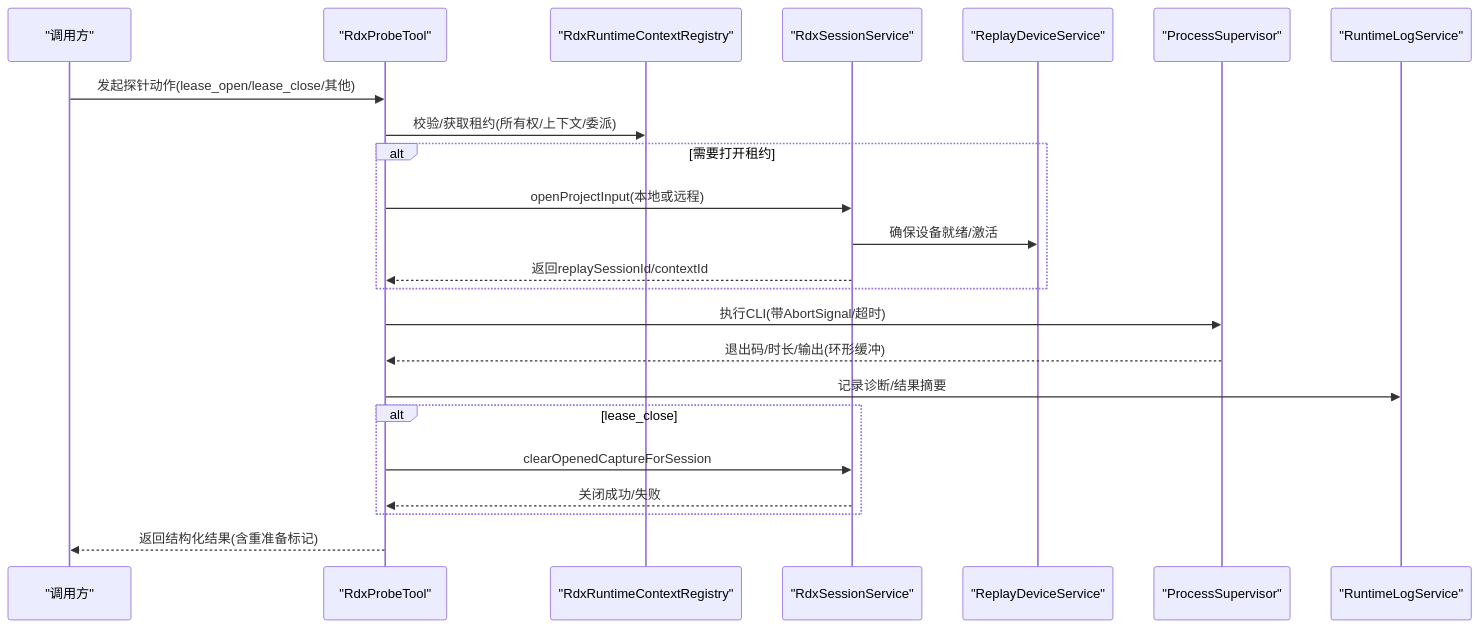
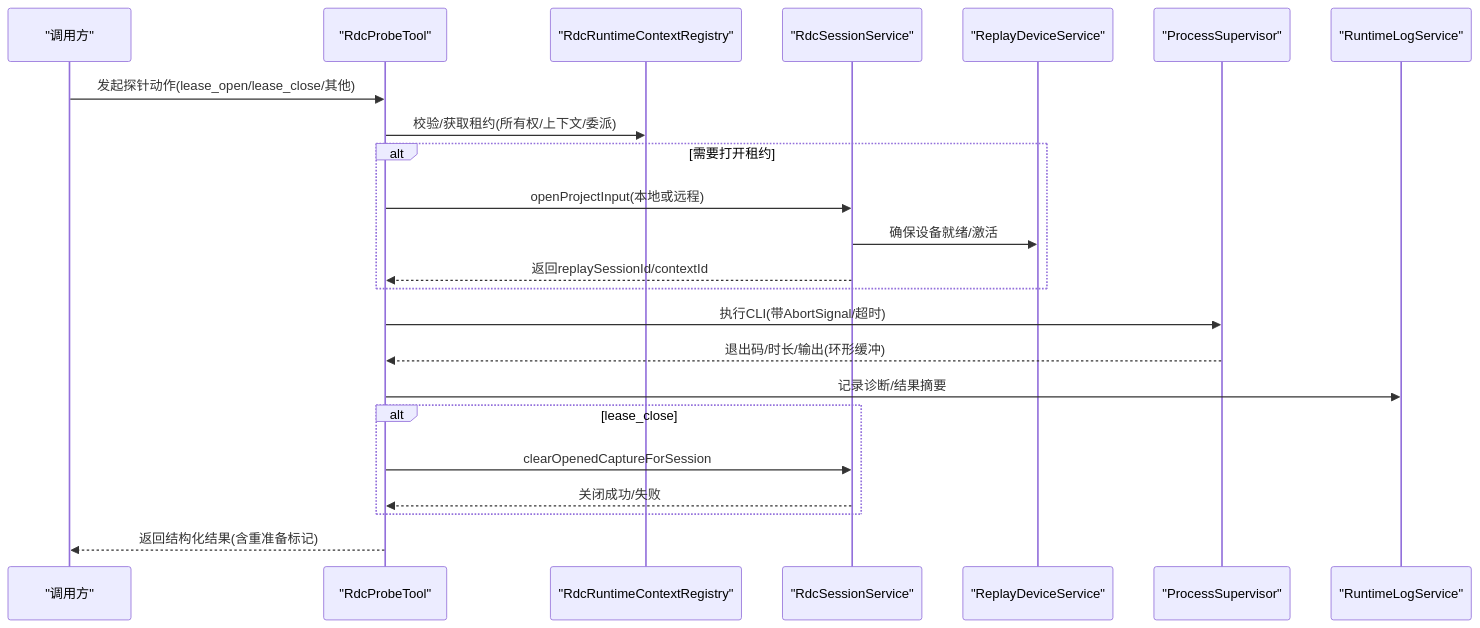
The second of 8 diagrams in .qoder/repowiki/zh/content/架构设计/核心组件设计/CLI调用器设计/探针生命周期管理.md (haolange/RDC-Agent), drawn with Mermaid before and after one commit. The commit also changed other lines of this file and 557 other files, not shown here.

First line of the commit message:
Unify RDC-Agent identity and canonical RDC-Tool integration

````diff
--- a/.qoder/repowiki/zh/content/架构设计/核心组件设计/CLI调用器设计/探针生命周期管理.md
+++ b/.qoder/repowiki/zh/content/架构设计/核心组件设计/CLI调用器设计/探针生命周期管理.md
@@ -103,25 +103,25 @@
 ```mermaid
 sequenceDiagram
 participant Caller as "调用方"
-participant Tool as "RdxProbeTool"
-participant Lease as "RdxRuntimeContextRegistry"
-participant Svc as "RdxSessionService"
+participant Tool as "RdcProbeTool"
+participant Lease as "RdcRuntimeContextRegistry"
+participant Svc as "RdcSessionService"
 participant Dev as "ReplayDeviceService"
 participant Proc as "ProcessSupervisor"
 participant Log as "RuntimeLogService"
 Caller->>Tool : 发起探针动作(lease_open/lease_close/其他)
 Tool->>Lease : 校验/获取租约(所有权/上下文/委派)
 alt 需要打开租约
 Tool->>Svc : openProjectInput(本地或远程)
 Svc->>Dev : 确保设备就绪/激活
 Svc-->>Tool : 返回replaySessionId/contextId
 end
 Tool->>Proc : 执行CLI(带AbortSignal/超时)
 Proc-->>Tool : 退出码/时长/输出(环形缓冲)
 Tool->>Log : 记录诊断/结果摘要
 alt lease_close
 Tool->>Svc : clearOpenedCaptureForSession
 Svc-->>Tool : 关闭成功/失败
 end
 Tool-->>Caller : 返回结构化结果(含重准备标记)
 ```
````
